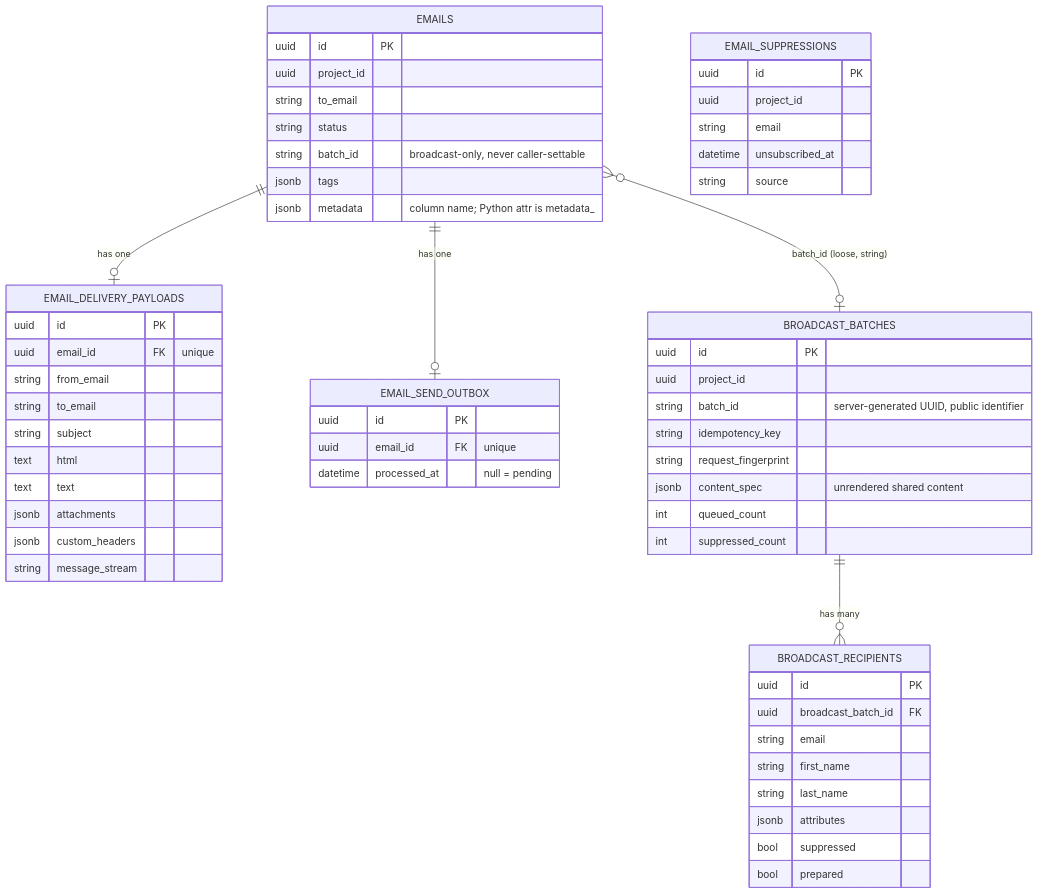
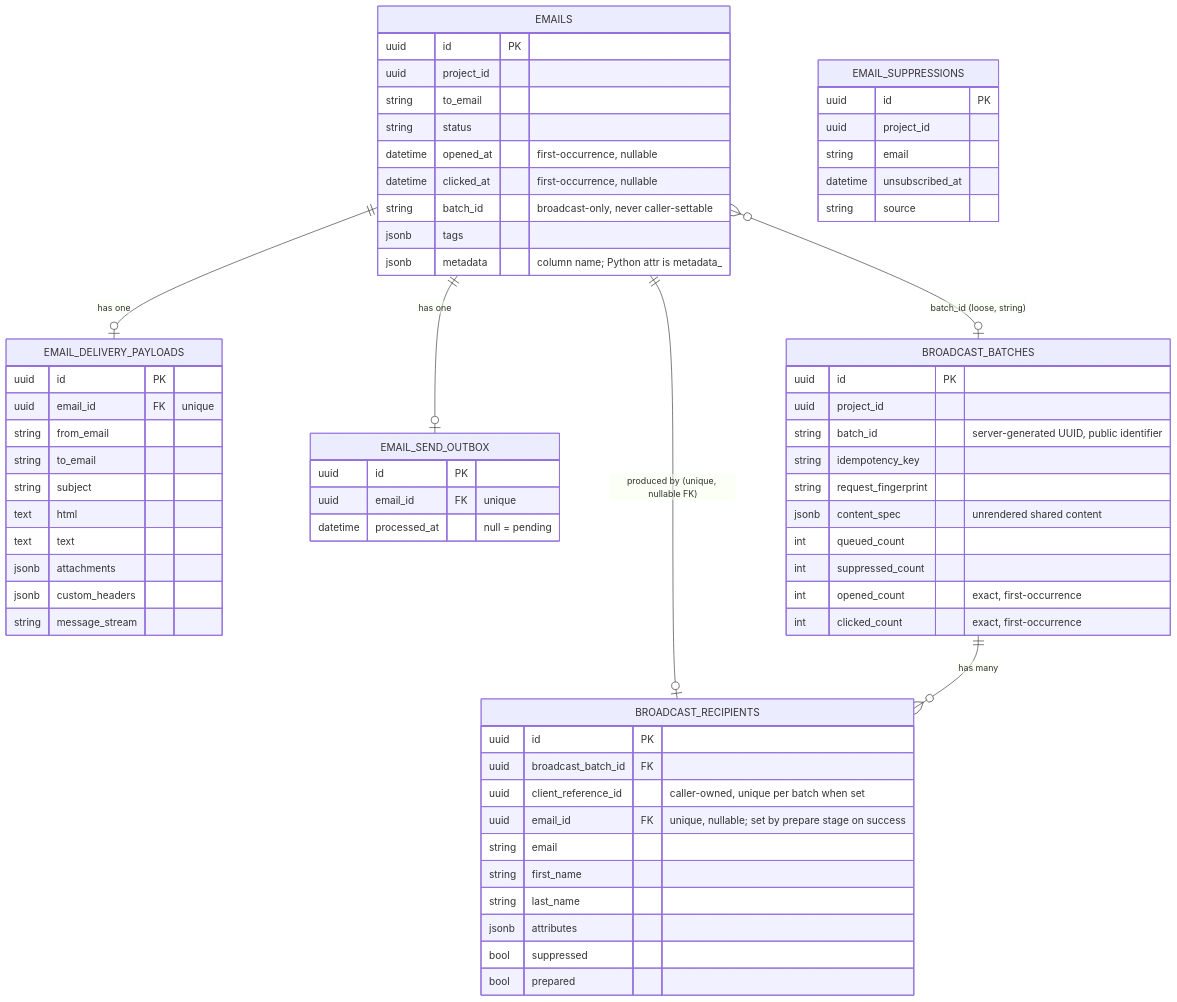
The third of 5 diagrams in docs/broadcast-sending.md (tesserahq/sendly), drawn with Mermaid before and after one commit. The commit also changed other lines of this file and 24 other files, not shown here.

````diff
--- a/docs/broadcast-sending.md
+++ b/docs/broadcast-sending.md
@@ -142,66 +213,73 @@
 ```mermaid
 erDiagram
     EMAILS ||--o| EMAIL_DELIVERY_PAYLOADS : "has one"
     EMAILS ||--o| EMAIL_SEND_OUTBOX : "has one"
     EMAILS }o--o| BROADCAST_BATCHES : "batch_id (loose, string)"
+    EMAILS ||--o| BROADCAST_RECIPIENTS : "produced by (unique, nullable FK)"
     BROADCAST_BATCHES ||--o{ BROADCAST_RECIPIENTS : "has many"
 
     EMAILS {
         uuid id PK
         uuid project_id
         string to_email
         string status
+        datetime opened_at "first-occurrence, nullable"
+        datetime clicked_at "first-occurrence, nullable"
         string batch_id "broadcast-only, never caller-settable"
         jsonb tags
         jsonb metadata "column name; Python attr is metadata_"
     }
 
     BROADCAST_BATCHES {
         uuid id PK
         uuid project_id
         string batch_id "server-generated UUID, public identifier"
         string idempotency_key
         string request_fingerprint
         jsonb content_spec "unrendered shared content"
         int queued_count
         int suppressed_count
+        int opened_count "exact, first-occurrence"
+        int clicked_count "exact, first-occurrence"
     }
 
     BROADCAST_RECIPIENTS {
         uuid id PK
         uuid broadcast_batch_id FK
+        uuid client_reference_id "caller-owned, unique per batch when set"
+        uuid email_id FK "unique, nullable; set by prepare stage on success"
         string email
         string first_name
         string last_name
         jsonb attributes
         bool suppressed
         bool prepared
     }
 
     EMAIL_DELIVERY_PAYLOADS {
         uuid id PK
         uuid email_id FK "unique"
         string from_email
         string to_email
         string subject
         text html
         text text
         jsonb attachments
         jsonb custom_headers
         string message_stream
     }
 
     EMAIL_SEND_OUTBOX {
         uuid id PK
         uuid email_id FK "unique"
         datetime processed_at "null = pending"
     }
 
     EMAIL_SUPPRESSIONS {
         uuid id PK
         uuid project_id
         string email
         datetime unsubscribed_at
         string source
     }
 ```
````
